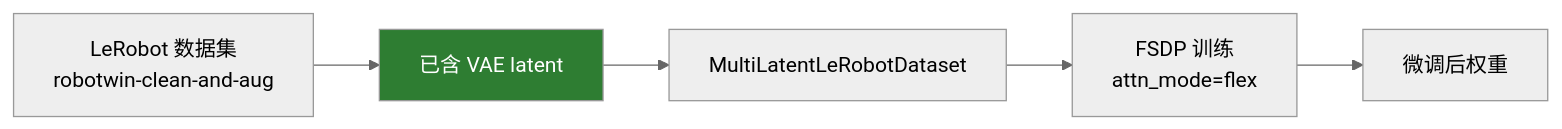
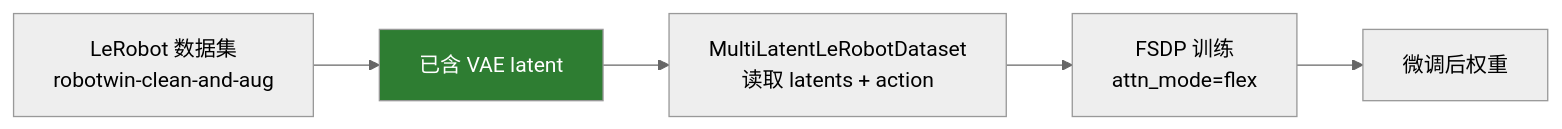
One commit to mosensefred/lingbot-va-deploy changed the fourth of 4 diagrams in LOCAL_DEPLOY_SUMMARY.md. Above: the diagram before and after it, drawn with Mermaid (neutral theme). The commit also changed other lines of this file and 2 other files, not shown here.

Commit message:
docs: 扩充本地部署总结——新增时间线/FAQ/目录结构、动作热力图与16帧拼图

````diff
--- a/LOCAL_DEPLOY_SUMMARY.md
+++ b/LOCAL_DEPLOY_SUMMARY.md
@@ -128,8 +252,8 @@
 ```mermaid
 flowchart LR
     A[LeRobot 数据集<br/>robotwin-clean-and-aug] --> B[已含 VAE latent]
-    B --> C[MultiLatentLeRobotDataset]
+    B --> C[MultiLatentLeRobotDataset<br/>读取 latents + action]
     C --> D[FSDP 训练<br/>attn_mode=flex]
     D --> E[微调后权重]
     style B fill:#2e7d32,color:#fff
 ```
````
